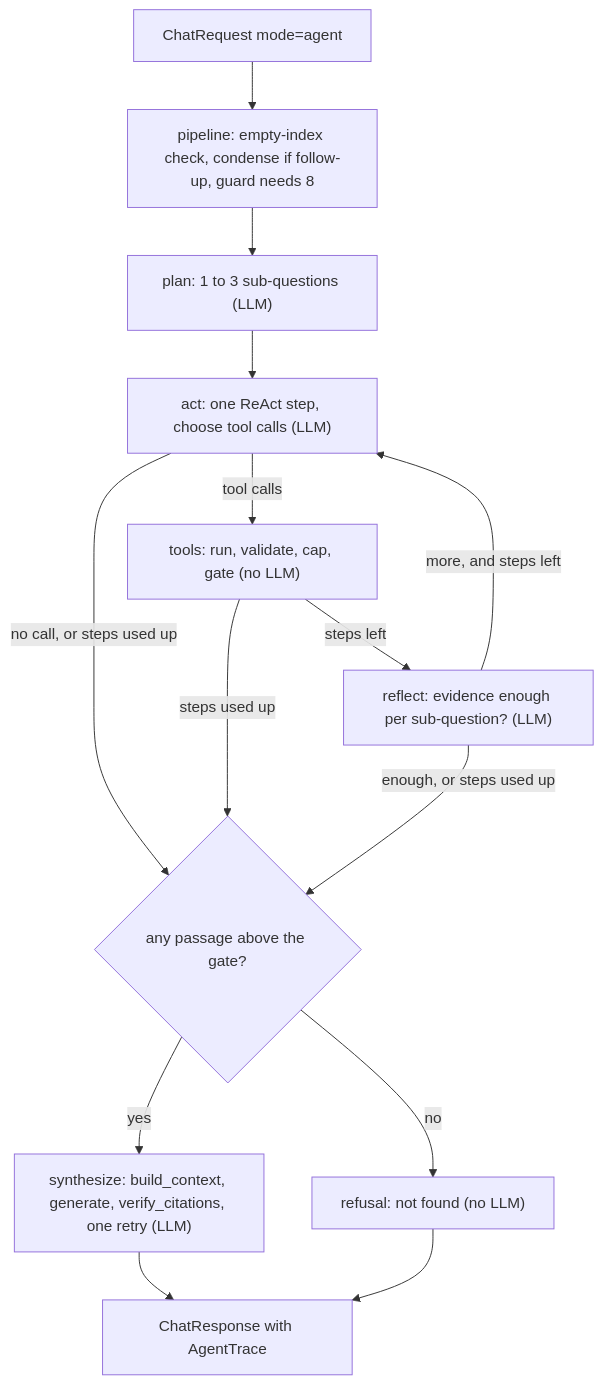
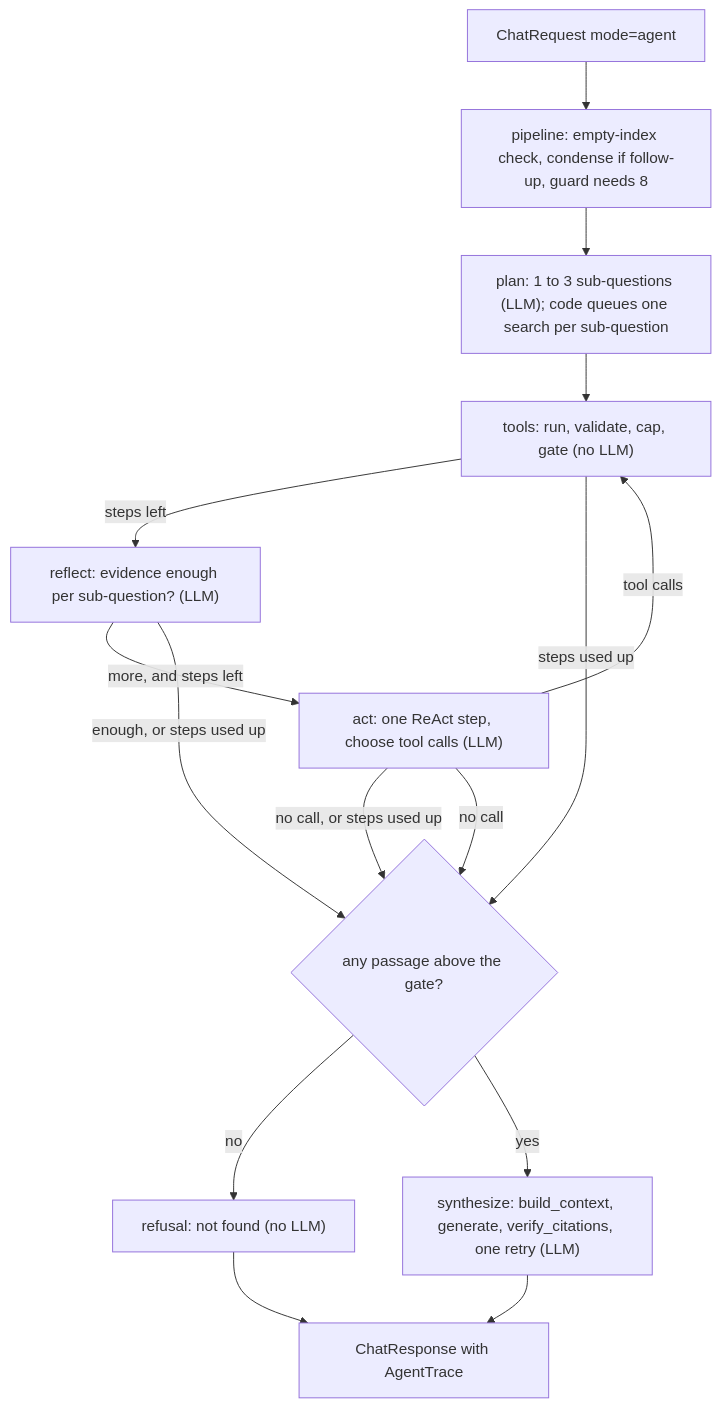
One commit to f243077-cell/Cited-RAG-Project changed the diagram in docs/PHASE3_ARCHITECTURE.md. Above: the diagram before and after it, drawn with Mermaid. The commit also changed other lines of this file and 4 other files, not shown here.

````diff
--- a/docs/PHASE3_ARCHITECTURE.md
+++ b/docs/PHASE3_ARCHITECTURE.md
@@ -48,17 +48,18 @@
 ```mermaid
 flowchart TD
   IN["ChatRequest mode=agent"] --> PRE["pipeline: empty-index check, condense if follow-up, guard needs 8"]
-  PRE --> PLAN["plan: 1 to 3 sub-questions (LLM)"]
-  PLAN --> ACT["act: one ReAct step, choose tool calls (LLM)"]
-  ACT -- "tool calls" --> TOOLS["tools: run, validate, cap, gate (no LLM)"]
+  PRE --> PLAN["plan: 1 to 3 sub-questions (LLM); code queues one search per sub-question"]
+  PLAN --> TOOLS["tools: run, validate, cap, gate (no LLM)"]
+  ACT["act: one ReAct step, choose tool calls (LLM)"] -- "tool calls" --> TOOLS
   ACT -- "no call, or steps used up" --> SYN
   TOOLS -- "steps left" --> REF["reflect: evidence enough per sub-question? (LLM)"]
   TOOLS -- "steps used up" --> SYN
   REF -- "more, and steps left" --> ACT
+  ACT -- "no call" --> SYN
   REF -- "enough, or steps used up" --> SYN
   SYN{"any passage above the gate?"}
   SYN -- no --> NF["refusal: not found (no LLM)"]
   SYN -- yes --> GEN["synthesize: build_context, generate, verify_citations, one retry (LLM)"]
   GEN --> OUT["ChatResponse with AgentTrace"]
   NF --> OUT
 ```
````
